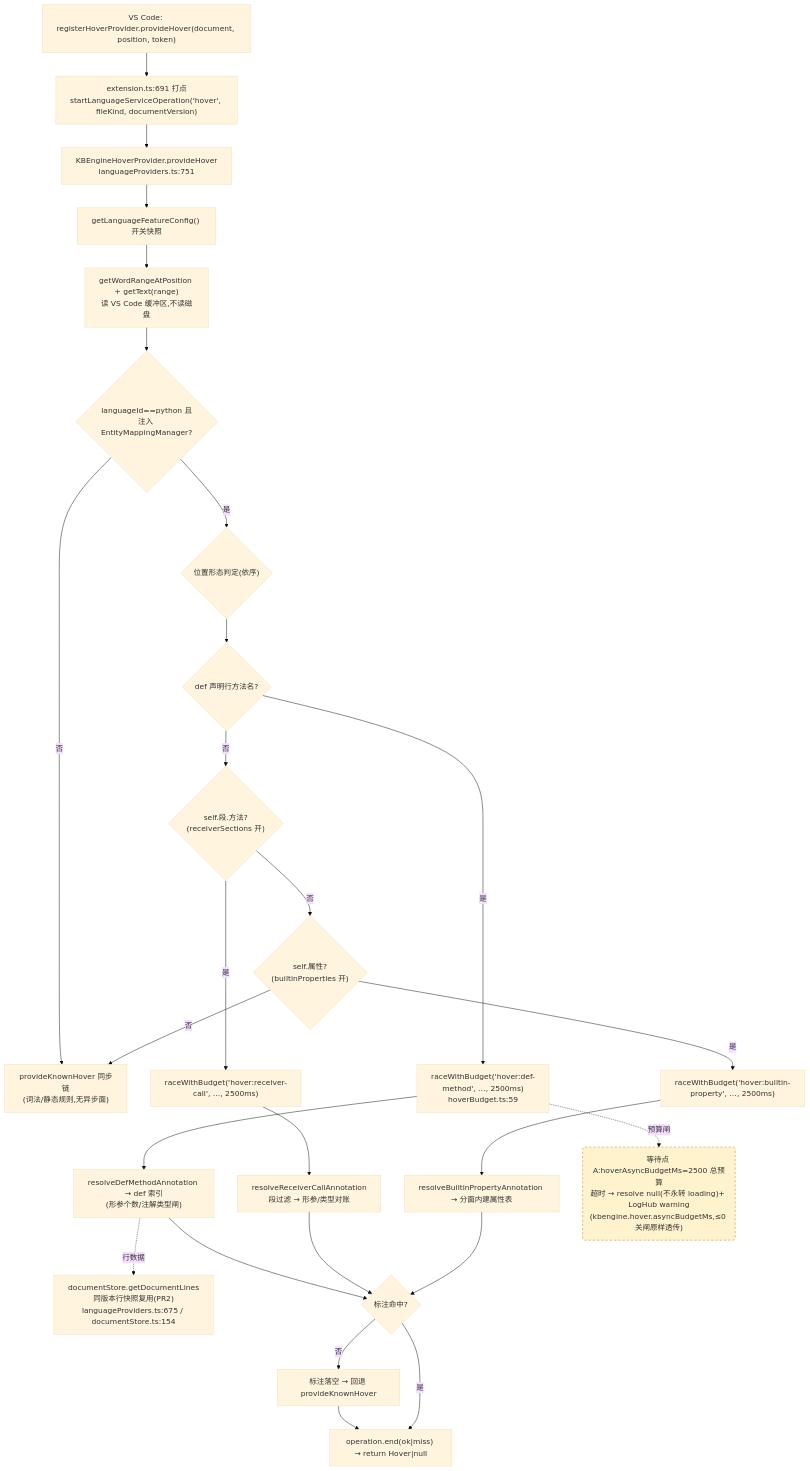
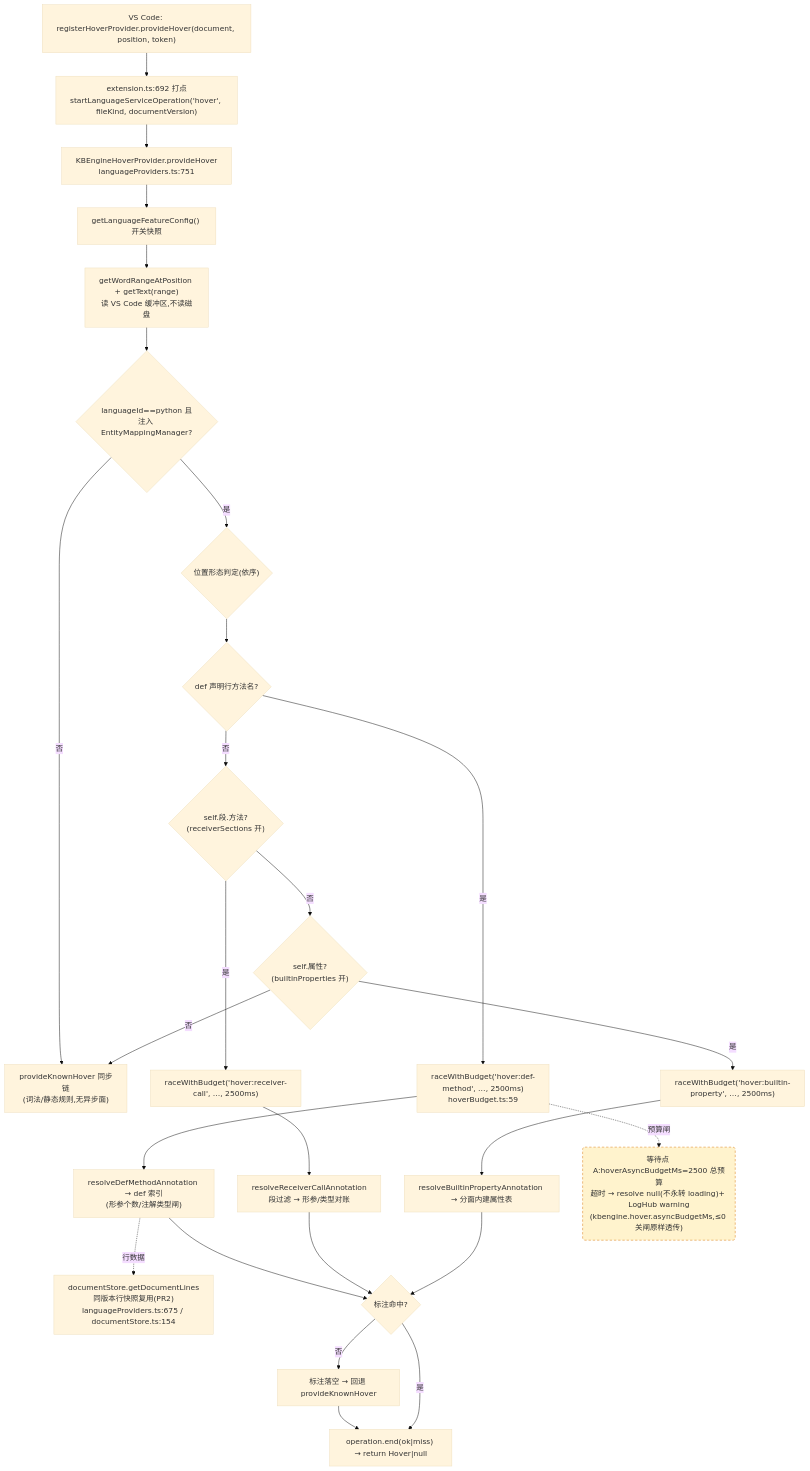
The first of 4 diagrams in docs/perf/2026-baseline.md (cuihairu/kode), drawn with Mermaid (base theme) before and after one commit. The commit also changed other lines of this file and 12 other files, not shown here.

````diff
--- a/docs/perf/2026-baseline.md
+++ b/docs/perf/2026-baseline.md
@@ -82,45 +82,45 @@
 ```mermaid
 flowchart TD
   VC1["VS Code: registerHoverProvider.provideHover(document, position, token)"]
-  M1["extension.ts:691 打点<br/>startLanguageServiceOperation('hover', fileKind, documentVersion)"]
+  M1["extension.ts:692 打点<br/>startLanguageServiceOperation('hover', fileKind, documentVersion)"]
   HP["KBEngineHoverProvider.provideHover<br/>languageProviders.ts:751"]
   CFG["getLanguageFeatureConfig() 开关快照"]
   WORD["getWordRangeAtPosition + getText(range)<br/>读 VS Code 缓冲区,不读磁盘"]
   BR{"languageId==python 且<br/>注入 EntityMappingManager?"}
   KN["provideKnownHover 同步链<br/>(词法/静态规则,无异步面)"]
   POS{"位置形态判定(依序)"}
   D1{"def 声明行方法名?"}
   D2{"self.段.方法?<br/>(receiverSections 开)"}
   D3{"self.属性?<br/>(builtinProperties 开)"}
   RA1["raceWithBudget('hover:def-method', …, 2500ms)<br/>hoverBudget.ts:59"]
   RA2["raceWithBudget('hover:receiver-call', …, 2500ms)"]
   RA3["raceWithBudget('hover:builtin-property', …, 2500ms)"]
   RS1["resolveDefMethodAnnotation → def 索引<br/>(形参个数/注解类型闸)"]
   RS2["resolveReceiverCallAnnotation<br/>段过滤 → 形参/类型对账"]
   RS3["resolveBuiltinPropertyAnnotation → 分面内建属性表"]
   LINES["documentStore.getDocumentLines<br/>同版本行快照复用(PR2)<br/>languageProviders.ts:675 / documentStore.ts:154"]
   MISS["标注落空 → 回退 provideKnownHover"]
   END1["operation.end(ok|miss) → return Hover|null"]
 
   VC1 --> M1 --> HP --> CFG --> WORD --> BR
   BR -- "否" --> KN
   BR -- "是" --> POS --> D1
   D1 -- "是" --> RA1 --> RS1
   D1 -- "否" --> D2
   D2 -- "是" --> RA2 --> RS2
   D2 -- "否" --> D3
   D3 -- "是" --> RA3 --> RS3
   D3 -- "否" --> KN
   RS1 --> HIT{"标注命中?"}
   RS2 --> HIT
   RS3 --> HIT
   RS1 -.->|行数据| LINES
   HIT -- "否" --> MISS --> END1
   HIT -- "是" --> END1
 
   WAITA("等待点 A:hoverAsyncBudgetMs=2500 总预算<br/>超时 → resolve null(不永转 loading)+ LogHub warning<br/>(kbengine.hover.asyncBudgetMs,≤0 关闸原样透传)")
   RA1 -.->|预算闸| WAITA
 
   classDef waitPoint fill:#fff3cd,stroke:#d97706,stroke-dasharray:5 4;
   class WAITA waitPoint;
 ```
````
